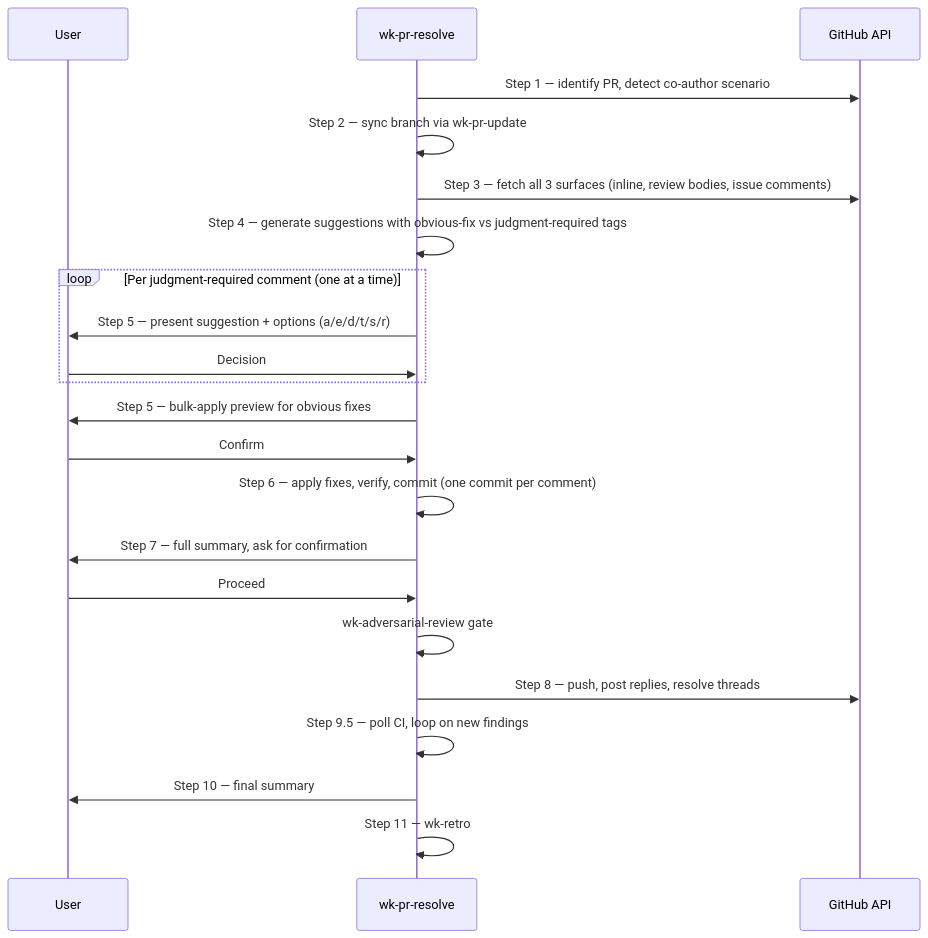
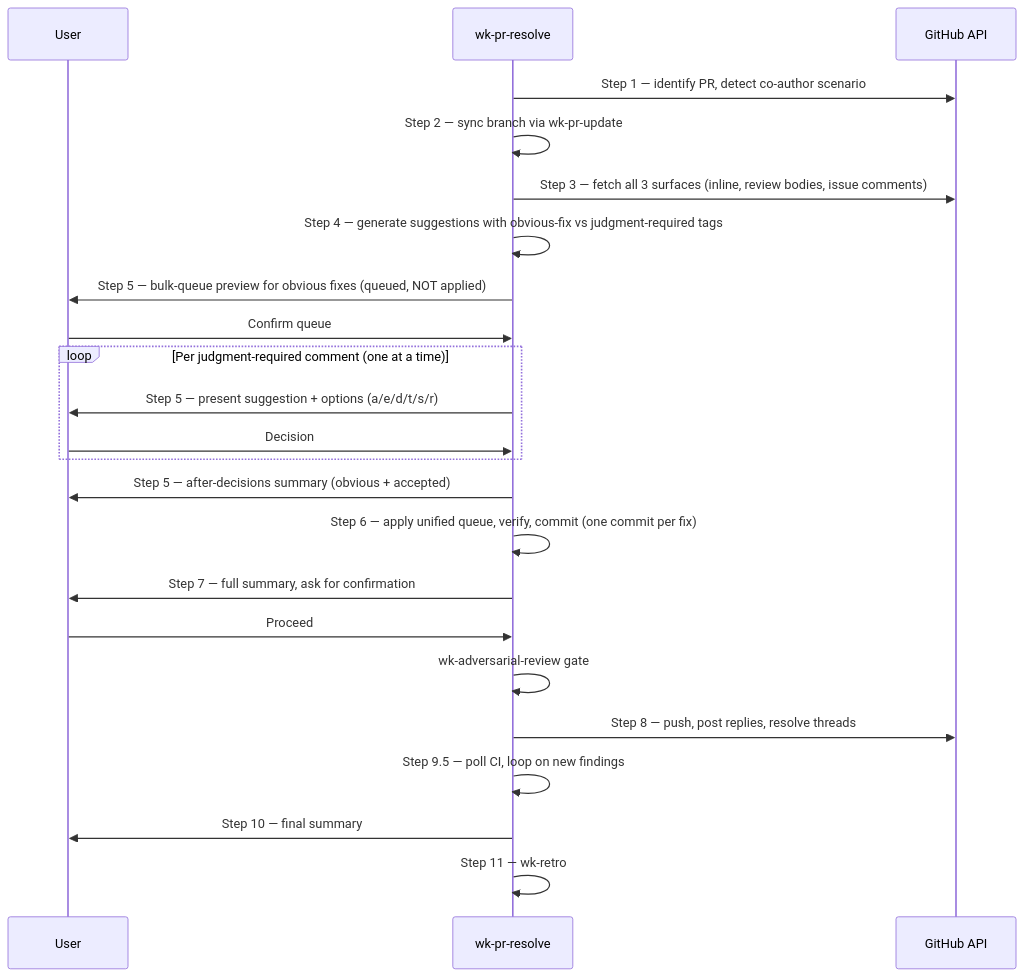
The diagram in skills/pr-resolve/README.md (whizzzkid/skills), drawn with Mermaid before and after one commit. The commit also changed other lines of this file and 2 other files, not shown here.

Commit message:
🦾 sharpen(pr-resolve): 🛡️ invert Step 5 — triage before execution
Step 5 (Consult) is now execution-free. Obvious-fix items are queued
into fixes_to_apply during the bulk-queue preview, NOT auto-applied
mid-Step-5. The per-comment loop for judgment-required items runs
next. Step 6 then executes the unified queue — one commit per fix —
once all decisions are collected.

Inverts prior behavior where obvious fixes landed as commits before
the user had triaged the judgment-required items. Old flow forced
the user to see code change mid-triage; new flow surfaces every
queued/accepted fix in the after-decisions summary before any
commit lands.

README diagram + Noteworthy bullet updated to match.

Generated with [wk-skills](https://github.com/whizzzkid/skills) and multiple models.

````diff
--- a/skills/pr-resolve/README.md
+++ b/skills/pr-resolve/README.md
@@ -15,25 +15,26 @@
 ```mermaid
 sequenceDiagram
     participant U as User
     participant S as wk-pr-resolve
     participant GH as GitHub API
 
     S->>GH: Step 1 — identify PR, detect co-author scenario
     S->>S: Step 2 — sync branch via wk-pr-update
     S->>GH: Step 3 — fetch all 3 surfaces (inline, review bodies, issue comments)
     S->>S: Step 4 — generate suggestions with obvious-fix vs judgment-required tags
+    S->>U: Step 5 — bulk-queue preview for obvious fixes (queued, NOT applied)
+    U->>S: Confirm queue
     loop Per judgment-required comment (one at a time)
         S->>U: Step 5 — present suggestion + options (a/e/d/t/s/r)
         U->>S: Decision
     end
-    S->>U: Step 5 — bulk-apply preview for obvious fixes
-    U->>S: Confirm
-    S->>S: Step 6 — apply fixes, verify, commit (one commit per comment)
+    S->>U: Step 5 — after-decisions summary (obvious + accepted)
+    S->>S: Step 6 — apply unified queue, verify, commit (one commit per fix)
     S->>U: Step 7 — full summary, ask for confirmation
     U->>S: Proceed
     S->>S: wk-adversarial-review gate
     S->>GH: Step 8 — push, post replies, resolve threads
     S->>S: Step 9.5 — poll CI, loop on new findings
     S->>U: Step 10 — final summary
     S->>S: Step 11 — wk-retro
 ```
````
